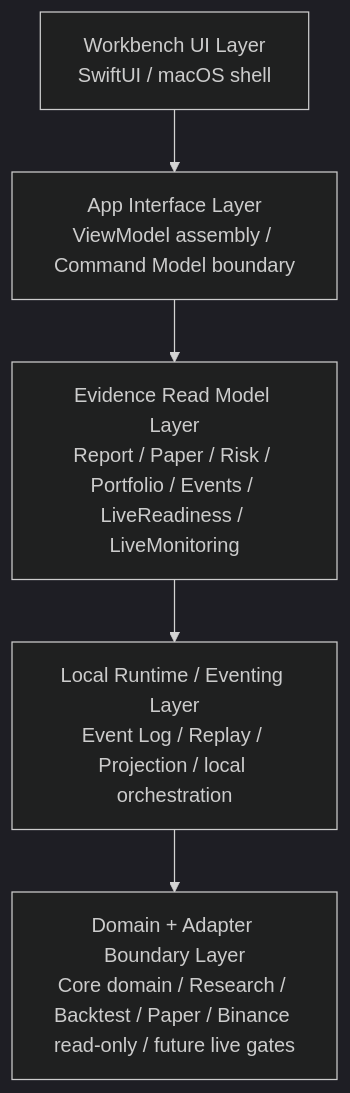
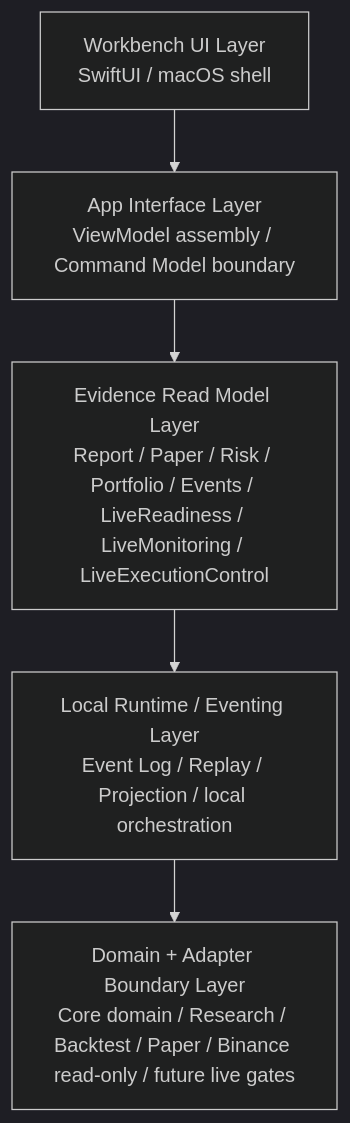
The diagram in docs/architecture.md (atxinbao/MTPRO), drawn with Mermaid (dark theme) before and after one commit. The commit also changed other lines of this file and 7 other files, not shown here.

Commit message:
Close live execution control root docs refresh gate (#162)

````diff
--- a/docs/architecture.md
+++ b/docs/architecture.md
@@ -47,10 +47,10 @@
 ```mermaid
 flowchart TB
     L1["Workbench UI Layer<br/>SwiftUI / macOS shell"]
     L2["App Interface Layer<br/>ViewModel assembly / Command Model boundary"]
-    L3["Evidence Read Model Layer<br/>Report / Paper / Risk / Portfolio / Events / LiveReadiness / LiveMonitoring"]
+    L3["Evidence Read Model Layer<br/>Report / Paper / Risk / Portfolio / Events / LiveReadiness / LiveMonitoring / LiveExecutionControl"]
     L4["Local Runtime / Eventing Layer<br/>Event Log / Replay / Projection / local orchestration"]
     L5["Domain + Adapter Boundary Layer<br/>Core domain / Research / Backtest / Paper / Binance read-only / future live gates"]
 
     L1 --> L2 --> L3 --> L4 --> L5
 ```
````
